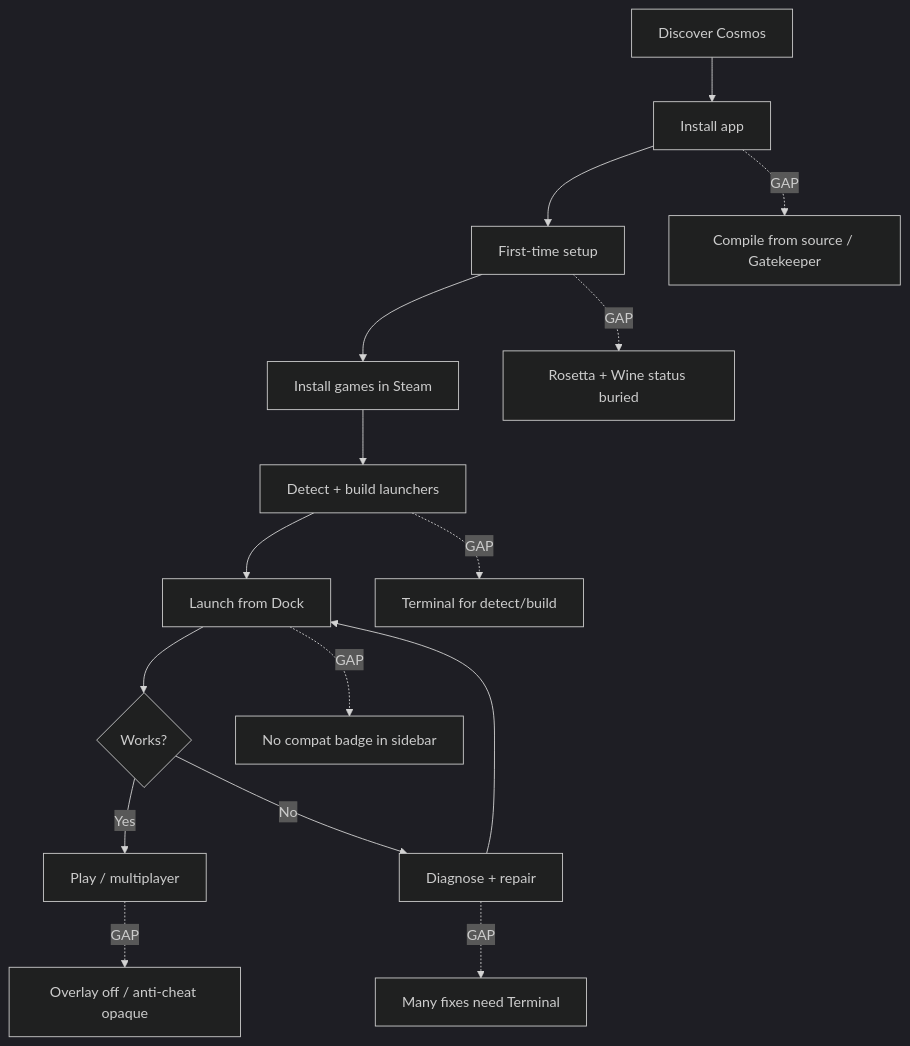
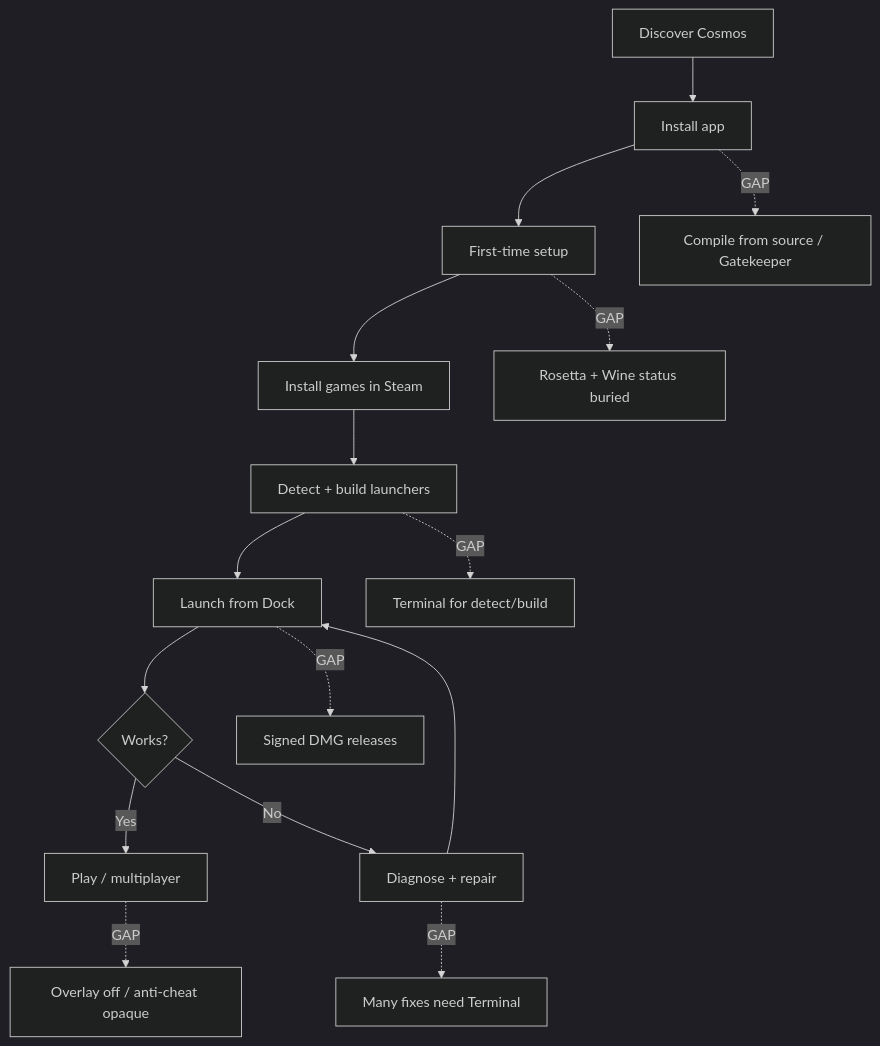
Before and after one commit to awest813/Cosmos: the diagram in docs/PLAN.md, drawn with Mermaid (dark theme). The commit also changed other lines of this file and 11 other files, not shown here.

````diff
--- a/docs/PLAN.md
+++ b/docs/PLAN.md
@@ -34,19 +34,19 @@
 ```mermaid
 flowchart TD
   A[Discover Cosmos] --> B[Install app]
   B --> C[First-time setup]
   C --> D[Install games in Steam]
   D --> E[Detect + build launchers]
   E --> F[Launch from Dock]
   F --> G{Works?}
   G -->|Yes| H[Play / multiplayer]
   G -->|No| I[Diagnose + repair]
   I --> F
 
   B -.->|GAP| B1[Compile from source / Gatekeeper]
   C -.->|GAP| C1[Rosetta + Wine status buried]
   E -.->|GAP| E1[Terminal for detect/build]
-  F -.->|GAP| F1[No compat badge in sidebar]
+  F -.->|GAP| F1[Signed DMG releases]
   H -.->|GAP| H1[Overlay off / anti-cheat opaque]
   I -.->|GAP| I1[Many fixes need Terminal]
 ```
````
